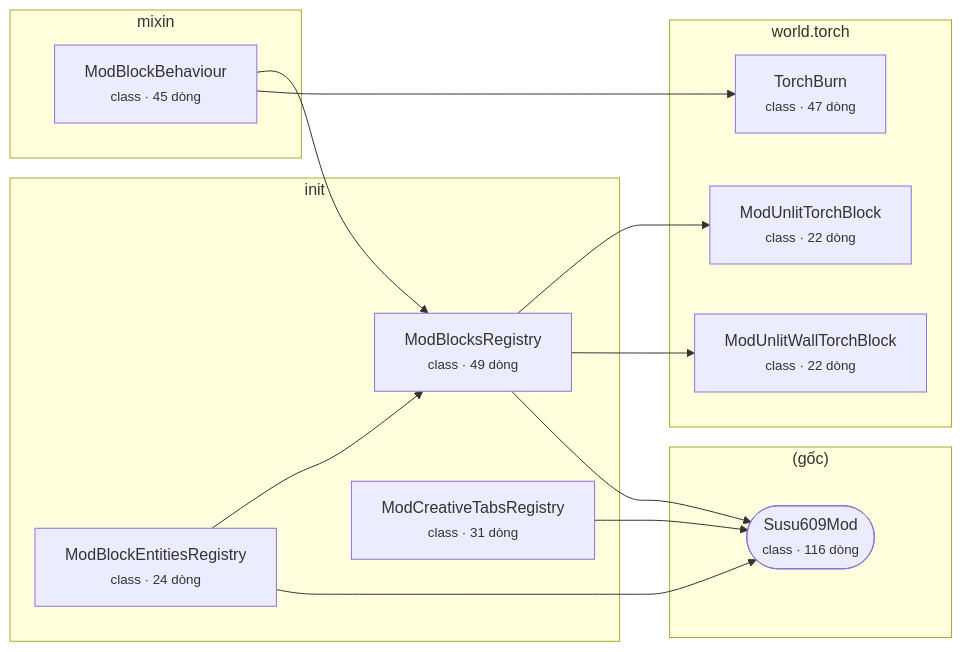
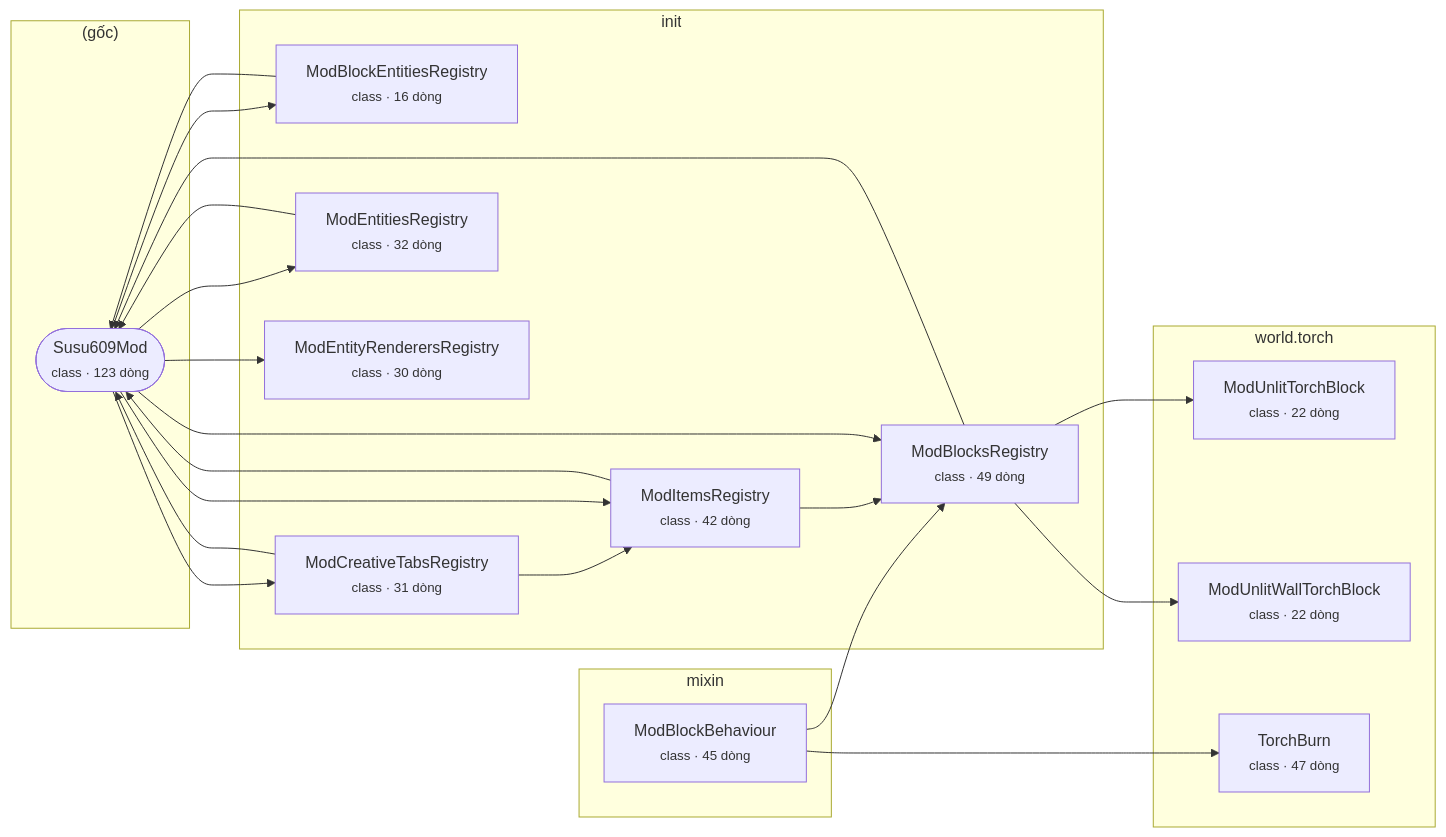
One commit to susu609/The8Dungeon changed the diagram in docs/ARCHITECTURE.md. Above: the diagram before and after it, drawn with Mermaid. The commit also changed other lines of this file, not shown here.

Commit message:
docs: cập nhật sơ đồ kiến trúc tự động

````diff
--- a/docs/ARCHITECTURE.md
+++ b/docs/ARCHITECTURE.md
@@ -10,27 +10,39 @@
 ```mermaid
 flowchart LR
   subgraph pkg__g_c_["(gốc)"]
-    Susu609Mod(["Susu609Mod<br/><small>class · 116 dòng</small>"])
+    Susu609Mod(["Susu609Mod<br/><small>class · 123 dòng</small>"])
   end
   subgraph pkg_init["init"]
-    ModBlockEntitiesRegistry["ModBlockEntitiesRegistry<br/><small>class · 24 dòng</small>"]
+    ModBlockEntitiesRegistry["ModBlockEntitiesRegistry<br/><small>class · 16 dòng</small>"]
     ModBlocksRegistry["ModBlocksRegistry<br/><small>class · 49 dòng</small>"]
     ModCreativeTabsRegistry["ModCreativeTabsRegistry<br/><small>class · 31 dòng</small>"]
+    ModEntitiesRegistry["ModEntitiesRegistry<br/><small>class · 32 dòng</small>"]
+    ModEntityRenderersRegistry["ModEntityRenderersRegistry<br/><small>class · 30 dòng</small>"]
+    ModItemsRegistry["ModItemsRegistry<br/><small>class · 42 dòng</small>"]
   end
   subgraph pkg_mixin["mixin"]
     ModBlockBehaviour["ModBlockBehaviour<br/><small>class · 45 dòng</small>"]
   end
   subgraph pkg_world_torch["world.torch"]
     ModUnlitTorchBlock["ModUnlitTorchBlock<br/><small>class · 22 dòng</small>"]
     ModUnlitWallTorchBlock["ModUnlitWallTorchBlock<br/><small>class · 22 dòng</small>"]
     TorchBurn["TorchBurn<br/><small>class · 47 dòng</small>"]
   end
   ModBlockBehaviour --> ModBlocksRegistry
   ModBlockBehaviour --> TorchBurn
-  ModBlockEntitiesRegistry --> ModBlocksRegistry
   ModBlockEntitiesRegistry --> Susu609Mod
   ModBlocksRegistry --> ModUnlitTorchBlock
   ModBlocksRegistry --> ModUnlitWallTorchBlock
   ModBlocksRegistry --> Susu609Mod
+  ModCreativeTabsRegistry --> ModItemsRegistry
   ModCreativeTabsRegistry --> Susu609Mod
+  ModEntitiesRegistry --> Susu609Mod
+  ModItemsRegistry --> ModBlocksRegistry
+  ModItemsRegistry --> Susu609Mod
+  Susu609Mod --> ModBlockEntitiesRegistry
+  Susu609Mod --> ModBlocksRegistry
+  Susu609Mod --> ModCreativeTabsRegistry
+  Susu609Mod --> ModEntitiesRegistry
+  Susu609Mod --> ModEntityRenderersRegistry
+  Susu609Mod --> ModItemsRegistry
 ```
````
